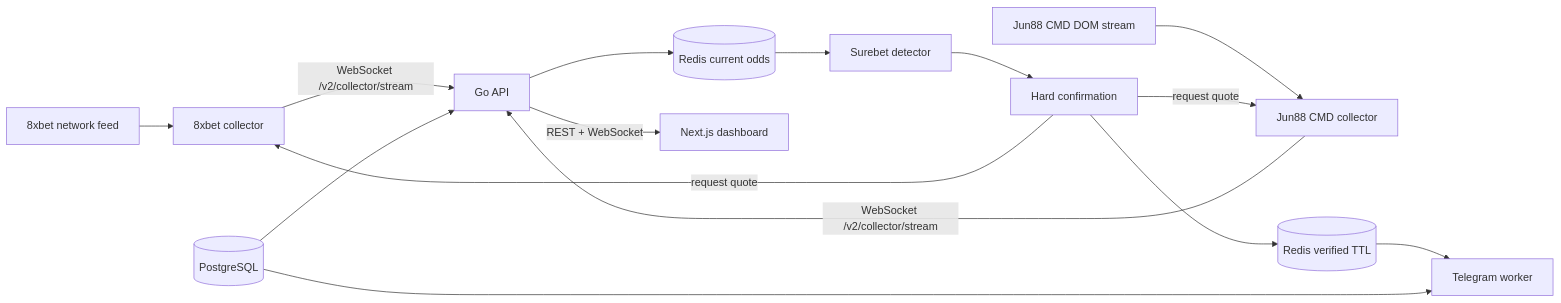
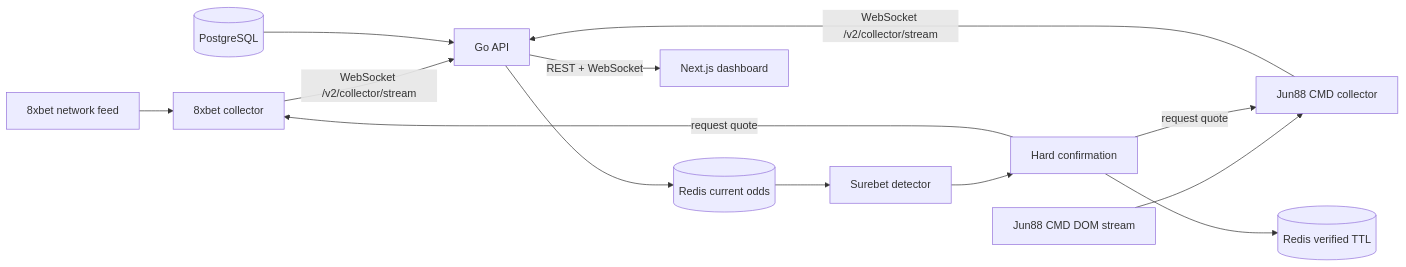
One commit to Truonghocdot/surebet changed the diagram in docs/architecture.md. Above: the diagram before and after it, drawn with Mermaid. The commit also changed other lines of this file and 26 other files, not shown here.

````diff
--- a/docs/architecture.md
+++ b/docs/architecture.md
@@ -5,17 +5,15 @@
 ```mermaid
 flowchart LR
     E[8xbet network feed] --> EC[8xbet collector]
     J[Jun88 CMD DOM stream] --> JC[Jun88 CMD collector]
     EC -->|WebSocket /v2/collector/stream| API[Go API]
     JC -->|WebSocket /v2/collector/stream| API
     API --> R[(Redis current odds)]
     R --> D[Surebet detector]
     D --> V[Hard confirmation]
     V -->|request quote| EC
     V -->|request quote| JC
     V --> VR[(Redis verified TTL)]
-    VR --> T[Telegram worker]
     API -->|REST + WebSocket| F[Next.js dashboard]
     P[(PostgreSQL)] --> API
-    P --> T
 ```
````
